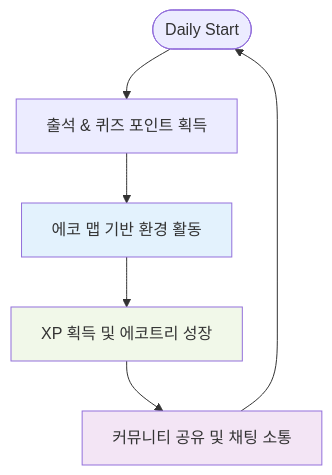
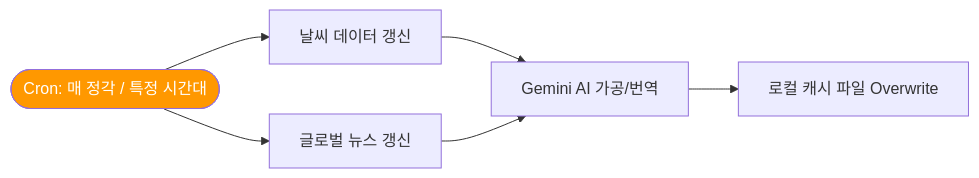
One commit to KJH-Portfolio/202602-Environmenta-Organization changed the fifth of 6 diagrams in userflow.md. Above: the diagram before and after it, drawn with Mermaid. The commit also changed other lines of this file and 4 other files, not shown here.

````diff
--- a/userflow.md
+++ b/userflow.md
@@ -101,12 +137,12 @@
 ```mermaid
-flowchart TD
-    S([Daily Start]) --> CHECK[출석 & 퀴즈 포인트 획득]
-    CHECK --> TRAVEL[에코 맵 기반 환경 활동]
-    TRAVEL --> XP[XP 획득 및 에코트리 성장]
-    XP --> SOCIAL[커뮤니티 공유 및 채팅 소통]
-    SOCIAL --> S
-
-    style TRAVEL fill:#E3F2FD
-    style XP fill:#F1F8E9
-    style SOCIAL fill:#F3E5F5
+flowchart LR
+    SCHEDULER([Cron: 매 정각 / 특정 시간대]) --> TASK1[날씨 데이터 갱신]
+    SCHEDULER --> TASK2[글로벌 뉴스 갱신]
+    
+    TASK1 --> GEMINI[Gemini AI 가공/번역]
+    TASK2 --> GEMINI
+    
+    GEMINI --> UPDATE[로컬 캐시 파일 Overwrite]
+    
+    style SCHEDULER fill:#FF9800,color:#fff
 ```
````
